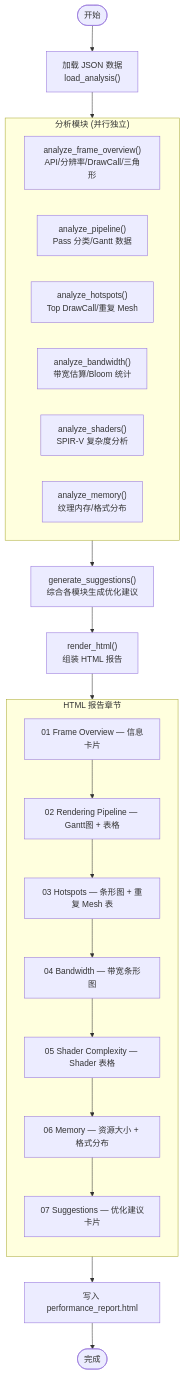
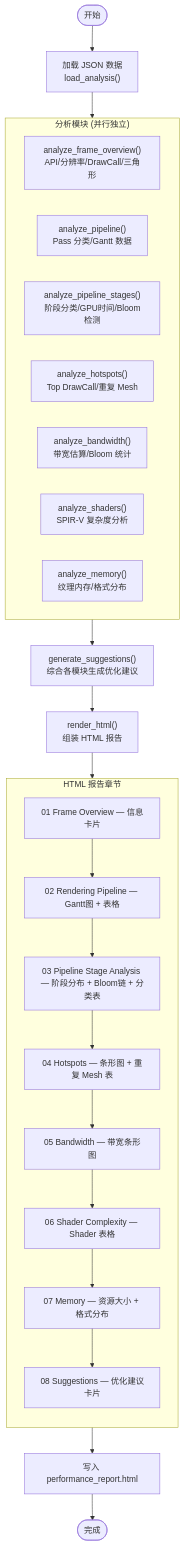
One commit to sherererlock/RdcAnalyze changed the third of 7 diagrams in docs/flowchart.md. Above: the diagram before and after it, drawn with Mermaid. The commit also changed other lines of this file and 7 other files, not shown here.

First line of the commit message:
feat: 增强管线阶段分析并集成至渲染图

````diff
--- a/docs/flowchart.md
+++ b/docs/flowchart.md
@@ -86,35 +87,37 @@
 ```mermaid
 flowchart TD
     START([开始]) --> LOAD["加载 JSON 数据<br/>load_analysis()"]
 
     LOAD --> ANALYSIS
 
     subgraph ANALYSIS ["分析模块 (并行独立)"]
         direction LR
         A1["analyze_frame_overview()<br/>API/分辨率/DrawCall/三角形"]
         A2["analyze_pipeline()<br/>Pass 分类/Gantt 数据"]
+        A2b["analyze_pipeline_stages()<br/>阶段分类/GPU时间/Bloom检测"]
         A3["analyze_hotspots()<br/>Top DrawCall/重复 Mesh"]
         A4["analyze_bandwidth()<br/>带宽估算/Bloom 统计"]
         A5["analyze_shaders()<br/>SPIR-V 复杂度分析"]
         A6["analyze_memory()<br/>纹理内存/格式分布"]
     end
 
     ANALYSIS --> SUGGEST["generate_suggestions()<br/>综合各模块生成优化建议"]
     SUGGEST --> RENDER["render_html()<br/>组装 HTML 报告"]
 
     subgraph RENDER_SECTIONS ["HTML 报告章节"]
         direction TB
         H1["01 Frame Overview — 信息卡片"]
         H2["02 Rendering Pipeline — Gantt图 + 表格"]
-        H3["03 Hotspots — 条形图 + 重复 Mesh 表"]
-        H4["04 Bandwidth — 带宽条形图"]
-        H5["05 Shader Complexity — Shader 表格"]
-        H6["06 Memory — 资源大小 + 格式分布"]
-        H7["07 Suggestions — 优化建议卡片"]
-        H1 --> H2 --> H3 --> H4 --> H5 --> H6 --> H7
+        H2b["03 Pipeline Stage Analysis — 阶段分布 + Bloom链 + 分类表"]
+        H3["04 Hotspots — 条形图 + 重复 Mesh 表"]
+        H4["05 Bandwidth — 带宽条形图"]
+        H5["06 Shader Complexity — Shader 表格"]
+        H6["07 Memory — 资源大小 + 格式分布"]
+        H7["08 Suggestions — 优化建议卡片"]
+        H1 --> H2 --> H2b --> H3 --> H4 --> H5 --> H6 --> H7
     end
 
     RENDER --> RENDER_SECTIONS
     RENDER_SECTIONS --> WRITE["写入 performance_report.html"]
     WRITE --> DONE([完成])
 ```
````
